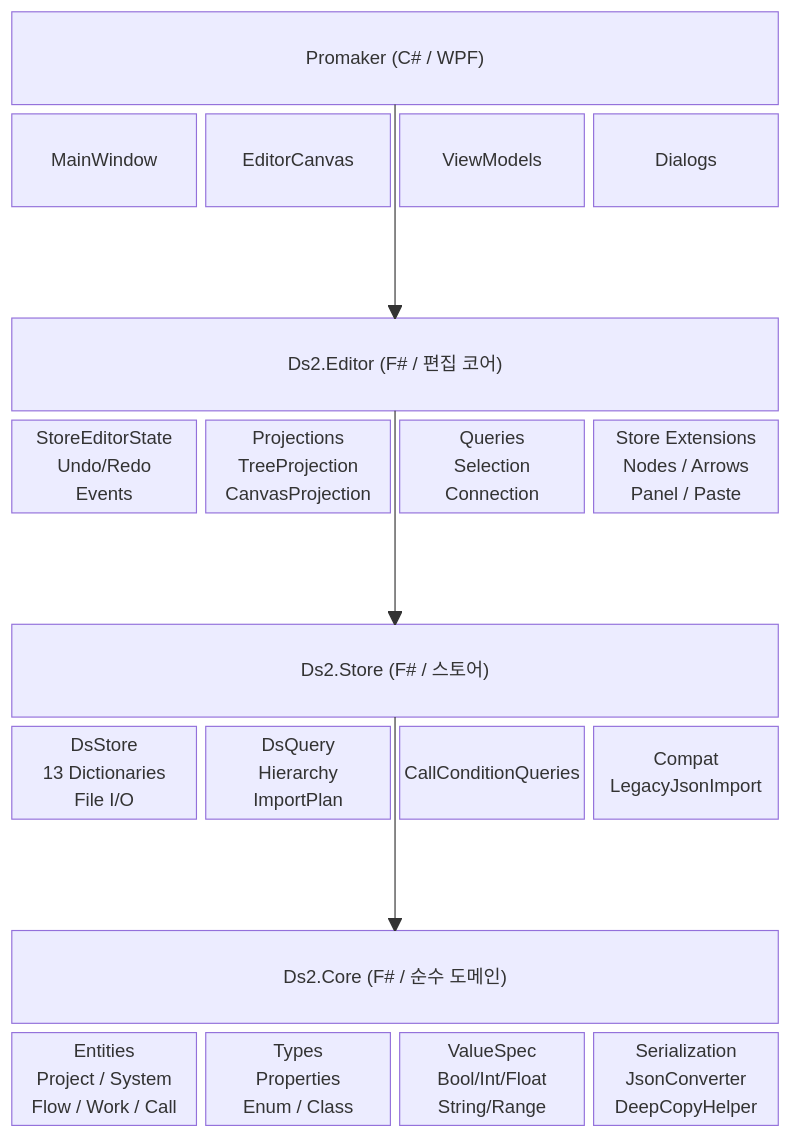
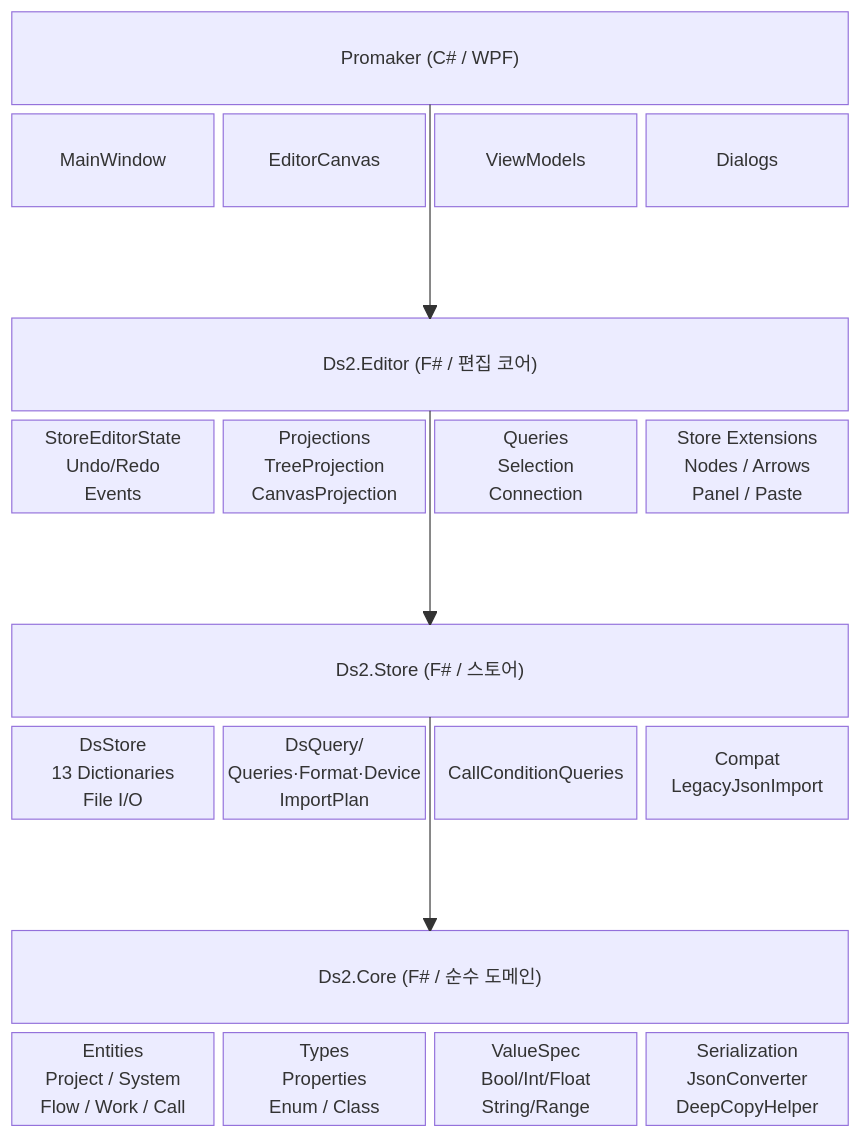
Before and after one commit to DualsoftDev/ds2: the second of 7 diagrams in README.md, drawn with Mermaid. The commit also changed other lines of this file and 100 other files, not shown here.

````diff
--- a/README.md
+++ b/README.md
@@ -42,35 +42,35 @@
 ```mermaid
 block-beta
   columns 4
 
   UITITLE["Promaker (C# / WPF)"]:4
   MW["MainWindow"] EC["EditorCanvas"] VM["ViewModels"] DLG["Dialogs"]
 
   space:4
 
   EDITORTITLE["Ds2.Editor (F# / 편집 코어)"]:4
   ED["StoreEditorState\nUndo/Redo\nEvents"]
   PJ["Projections\nTreeProjection\nCanvasProjection"]
   QR["Queries\nSelection\nConnection"]
   ST["Store Extensions\nNodes / Arrows\nPanel / Paste"]
 
   space:4
 
   STORETITLE["Ds2.Store (F# / 스토어)"]:4
   DS["DsStore\n13 Dictionaries\nFile I/O"]
-  DQ["DsQuery\nHierarchy\nImportPlan"]
+  DQ["DsQuery/\nQueries·Format·Device\nImportPlan"]
   CC["CallConditionQueries"]
   CP["Compat\nLegacyJsonImport"]
 
   space:4
 
   CORETITLE["Ds2.Core (F# / 순수 도메인)"]:4
   ENT["Entities\nProject / System\nFlow / Work / Call"]
   TYP["Types\nProperties\nEnum / Class"]
   VS["ValueSpec\nBool/Int/Float\nString/Range"]
   SER["Serialization\nJsonConverter\nDeepCopyHelper"]
 
   UITITLE --> EDITORTITLE
   EDITORTITLE --> STORETITLE
   STORETITLE --> CORETITLE
 ```
````
